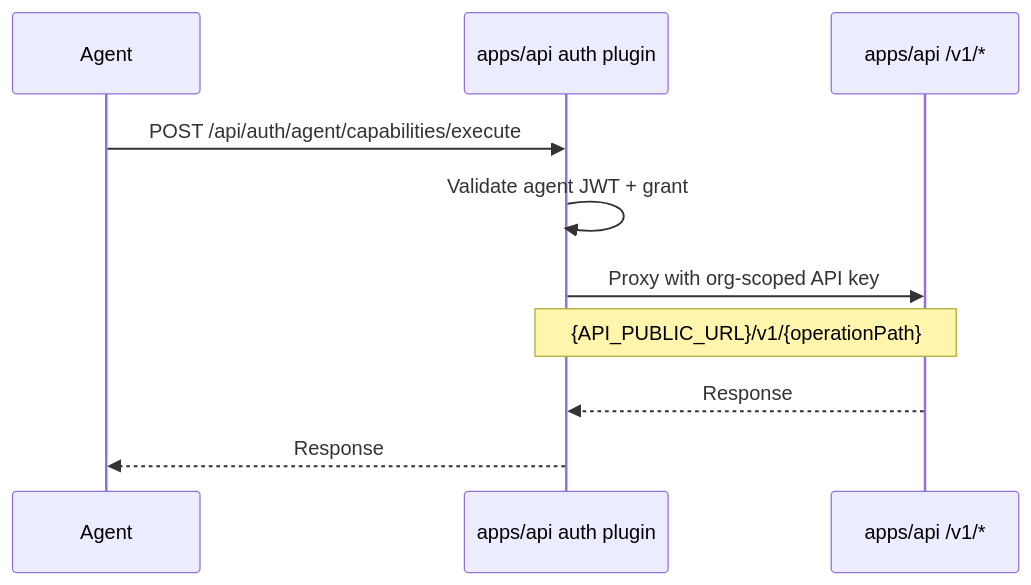
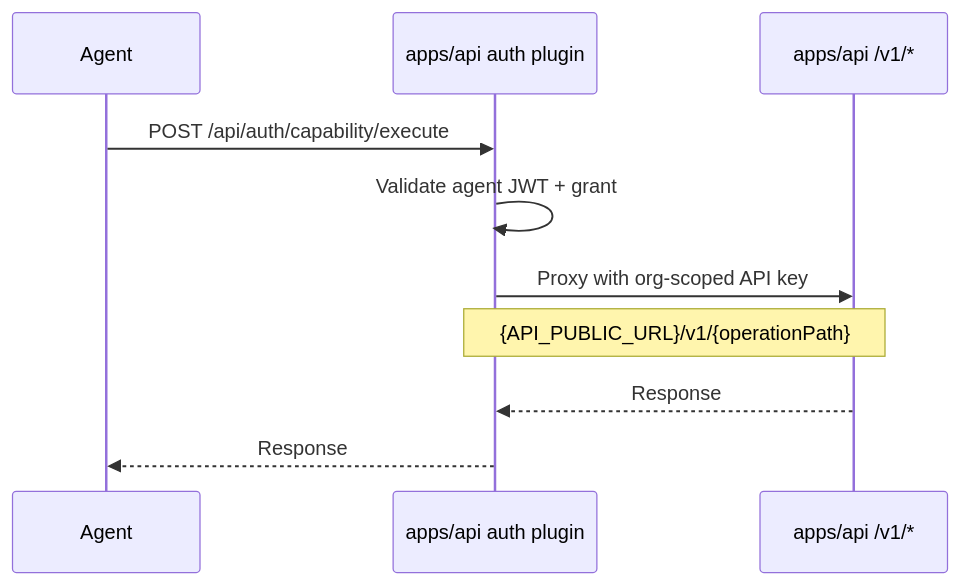
One commit to rodrigobarona/prood-commerce-platform changed the second of 2 diagrams in apps/docs/content/docs/apps/api/agent-auth.mdx. Above: the diagram before and after it, drawn with Mermaid. The commit also changed other lines of this file and 152 other files, not shown here.

````diff
--- a/apps/docs/content/docs/apps/api/agent-auth.mdx
+++ b/apps/docs/content/docs/apps/api/agent-auth.mdx
@@ -76,13 +103,13 @@
 ```mermaid
 sequenceDiagram
   participant Agent
   participant Auth as apps/api auth plugin
   participant API as apps/api /v1/*
 
-  Agent->>Auth: POST /api/auth/agent/capabilities/execute
+  Agent->>Auth: POST /api/auth/capability/execute
   Auth->>Auth: Validate agent JWT + grant
   Auth->>API: Proxy with org-scoped API key
   Note over Auth,API: {API_PUBLIC_URL}/v1/{operationPath}
   API-->>Auth: Response
   Auth-->>Agent: Response
 ```
````
